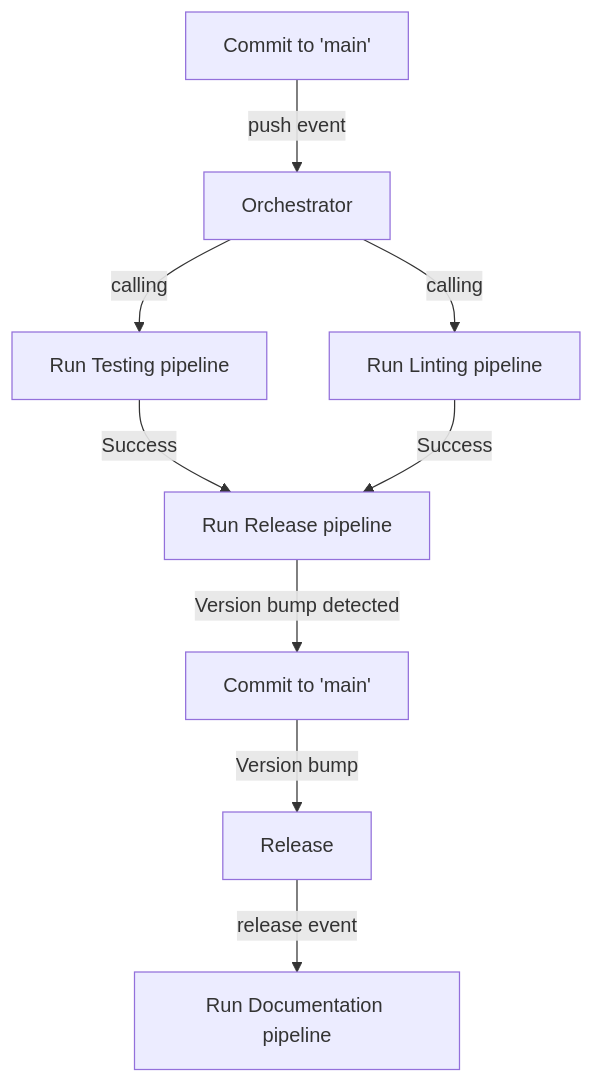
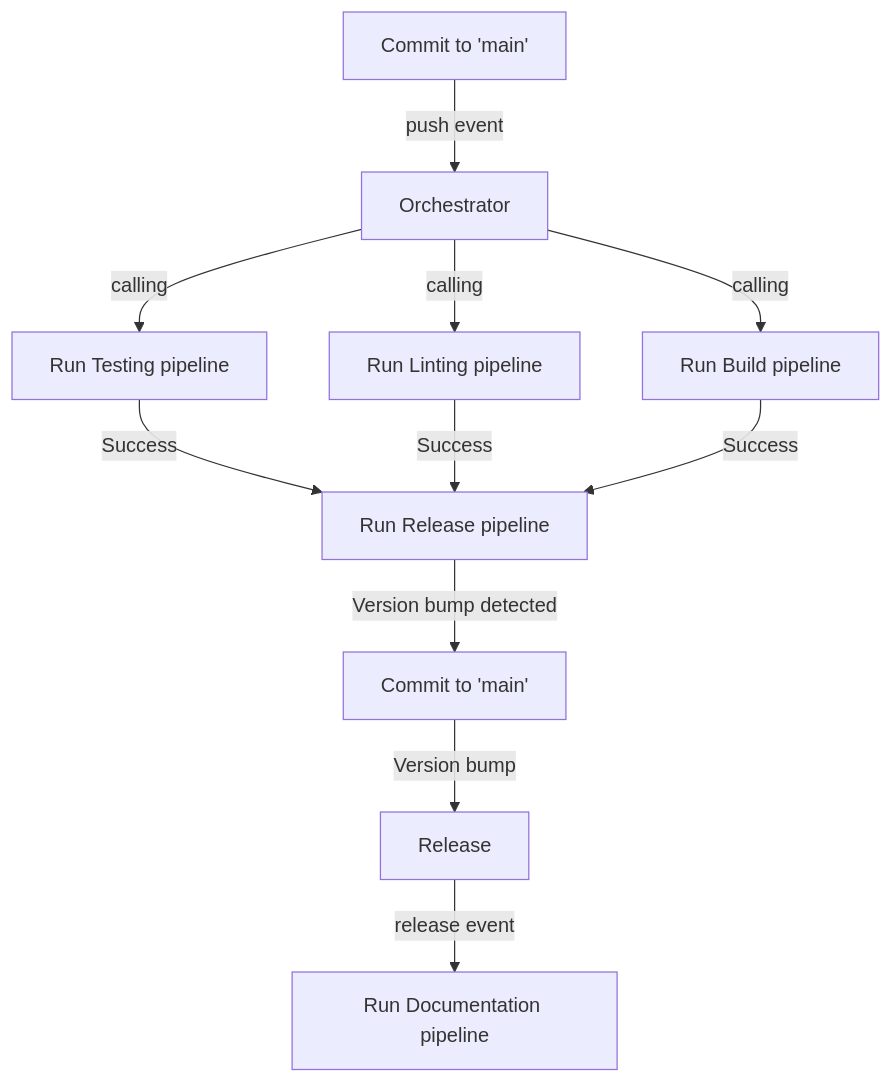
Before and after one commit to johschmidt42/python-project-johannes: the second of 2 diagrams in README.md, drawn with Mermaid. The commit also changed 7 other files, not shown here.

````diff
--- a/README.md
+++ b/README.md
@@ -76,9 +76,9 @@
 ```mermaid
 flowchart
     C[Commit to 'main'] -- push event --> O[Orchestrator]
-    O -- calling --> T[Run Testing pipeline] & L[Run Linting pipeline]
-    T & L -- Success --> R[Run Release pipeline]
+    O -- calling --> T[Run Testing pipeline] & L[Run Linting pipeline] & B[Run Build pipeline]
+    T & L & B -- Success --> R[Run Release pipeline]
     R -- Version bump detected --> C2[Commit to 'main']
     C2 -- Version bump --> Release[Release]  
     Release -- release event --> D[Run Documentation pipeline]
 ```
````
